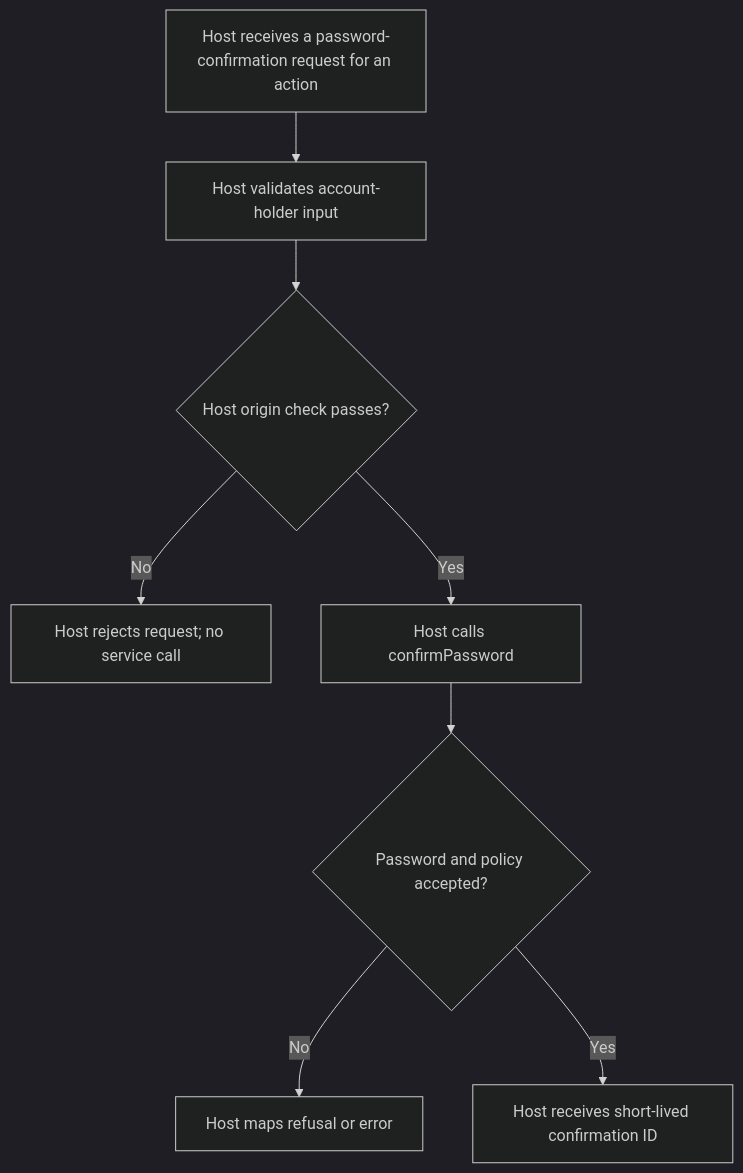
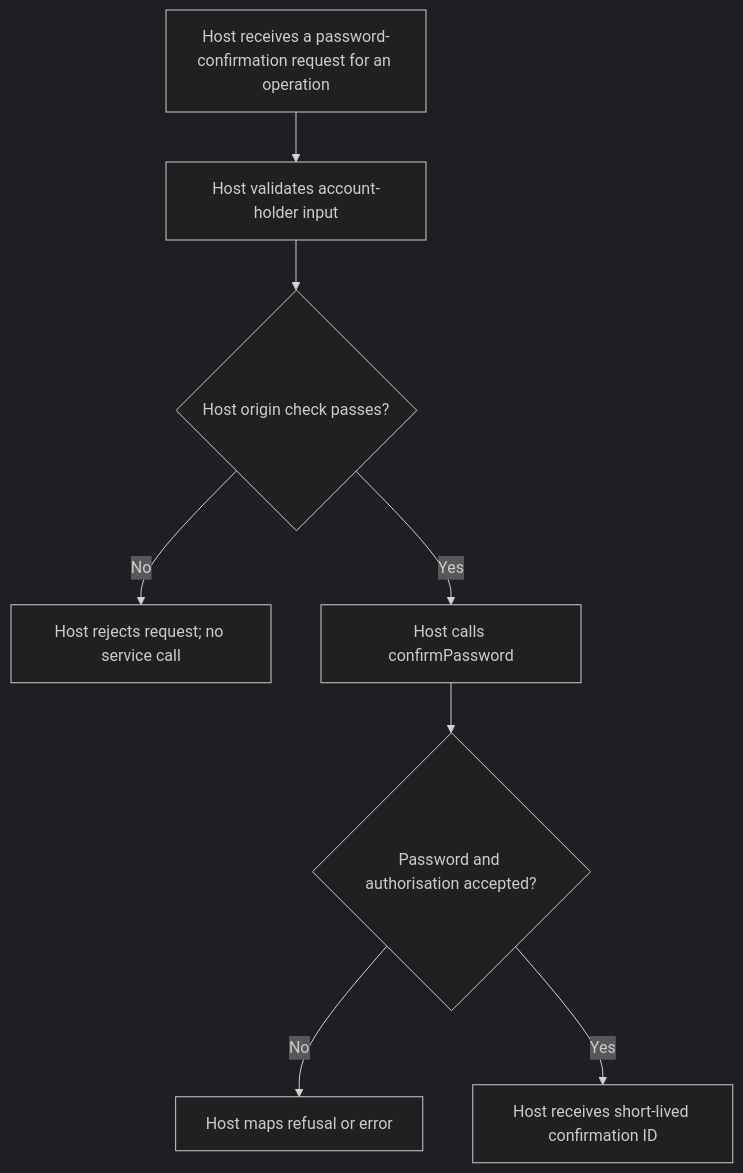
The first of 2 diagrams in user-stories/US-CONFIRM-01-issue-confirmation.md (Kevinjohn/oss-adonisjs-confirm-action-with-password), drawn with Mermaid (dark theme) before and after one commit. The commit also changed other lines of this file and 25 other files, not shown here.

First line of the commit message:
Verify isolated confirmation archives and clarify host integration (#78)

````diff
--- a/user-stories/US-CONFIRM-01-issue-confirmation.md
+++ b/user-stories/US-CONFIRM-01-issue-confirmation.md
@@ -21,10 +21,10 @@
 ```mermaid
 flowchart TD
-    A["Host receives a password-confirmation request for an action"] --> B["Host validates account-holder input"]
+    A["Host receives a password-confirmation request for an operation"] --> B["Host validates account-holder input"]
     B --> C{"Host origin check passes?"}
     C -->|No| D["Host rejects request; no service call"]
     C -->|Yes| E["Host calls confirmPassword"]
-    E --> F{"Password and policy accepted?"}
+    E --> F{"Password and authorisation accepted?"}
     F -->|No| G["Host maps refusal or error"]
     F -->|Yes| H["Host receives short-lived confirmation ID"]
 ```
````
